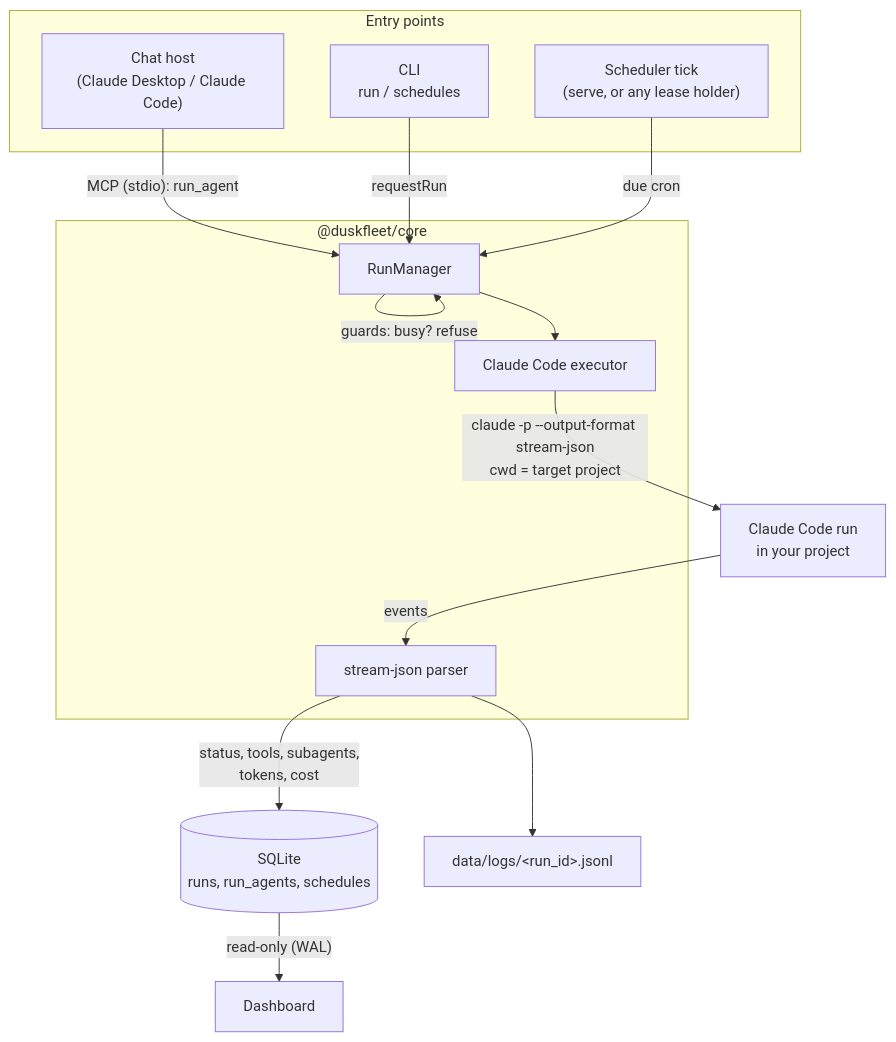
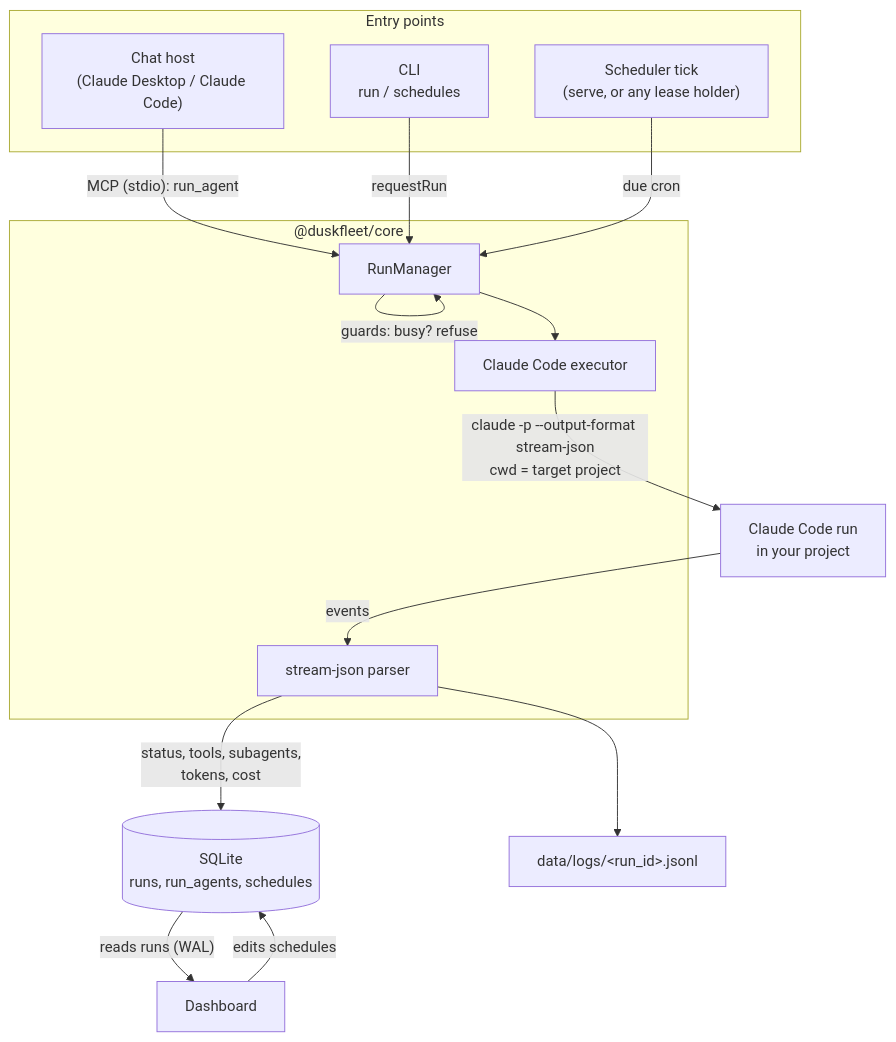
Before and after one commit to duskfleet/duskfleet: the first of 2 diagrams in docs/how-it-works.md, drawn with Mermaid. The commit also changed 11 other files, not shown here.

First line of the commit message:
Dashboard: /runs redirects to the run list, no more read-only claim (#354)

````diff
--- a/docs/how-it-works.md
+++ b/docs/how-it-works.md
@@ -7,27 +7,28 @@
 ```mermaid
 flowchart TB
     subgraph hosts [Entry points]
         chat["Chat host<br/>(Claude Desktop / Claude Code)"]
         cli[CLI<br/>run / schedules]
         sched["Scheduler tick<br/>(serve, or any lease holder)"]
     end
 
     subgraph core ["@duskfleet/core"]
         rm[RunManager]
         exec[Claude Code executor]
         parser[stream-json parser]
     end
 
     chat -- "MCP (stdio): run_agent" --> rm
     cli -- requestRun --> rm
     sched -- due cron --> rm
 
     rm -- "guards: busy? refuse" --> rm
     rm --> exec
     exec -- "claude -p --output-format stream-json<br/>cwd = target project" --> run["Claude Code run<br/>in your project"]
     run -- events --> parser
     parser -- status, tools, subagents,<br/>tokens, cost --> db[(SQLite<br/>runs, run_agents, schedules)]
     parser --> logs["data/logs/&lt;run_id&gt;.jsonl"]
 
-    db -- "read-only (WAL)" --> web[Dashboard]
+    db -- "reads runs (WAL)" --> web[Dashboard]
+    web -- "edits schedules" --> db
 ```
````
